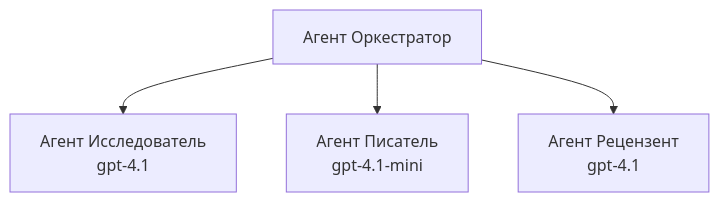
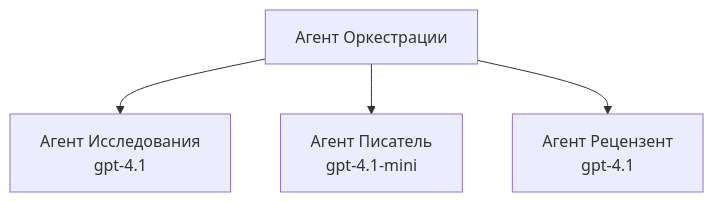
The third of 3 diagrams in translations/ru/docs/chapter-02-ai-development/agents.md (microsoft/AZD-for-beginners), drawn with Mermaid before and after one commit. The commit also changed other lines of this file and 104 other files, not shown here.

````diff
--- a/translations/ru/docs/chapter-02-ai-development/agents.md
+++ b/translations/ru/docs/chapter-02-ai-development/agents.md
@@ -194,6 +201,6 @@
 ```mermaid
 graph TD
-    Orchestrator[Агент Оркестратор] --> Research[Агент Исследователь<br/>gpt-4.1]
+    Orchestrator[Агент Оркестрации] --> Research[Агент Исследования<br/>gpt-4.1]
     Orchestrator --> Writer[Агент Писатель<br/>gpt-4.1-mini]
     Orchestrator --> Reviewer[Агент Рецензент<br/>gpt-4.1]
 ```
````
